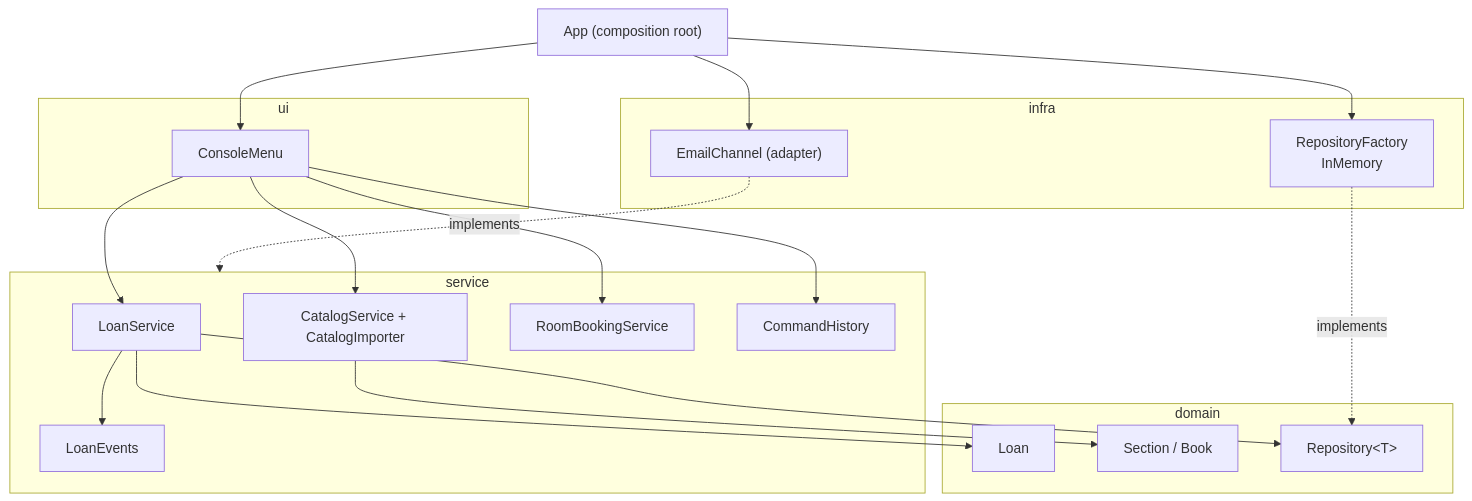
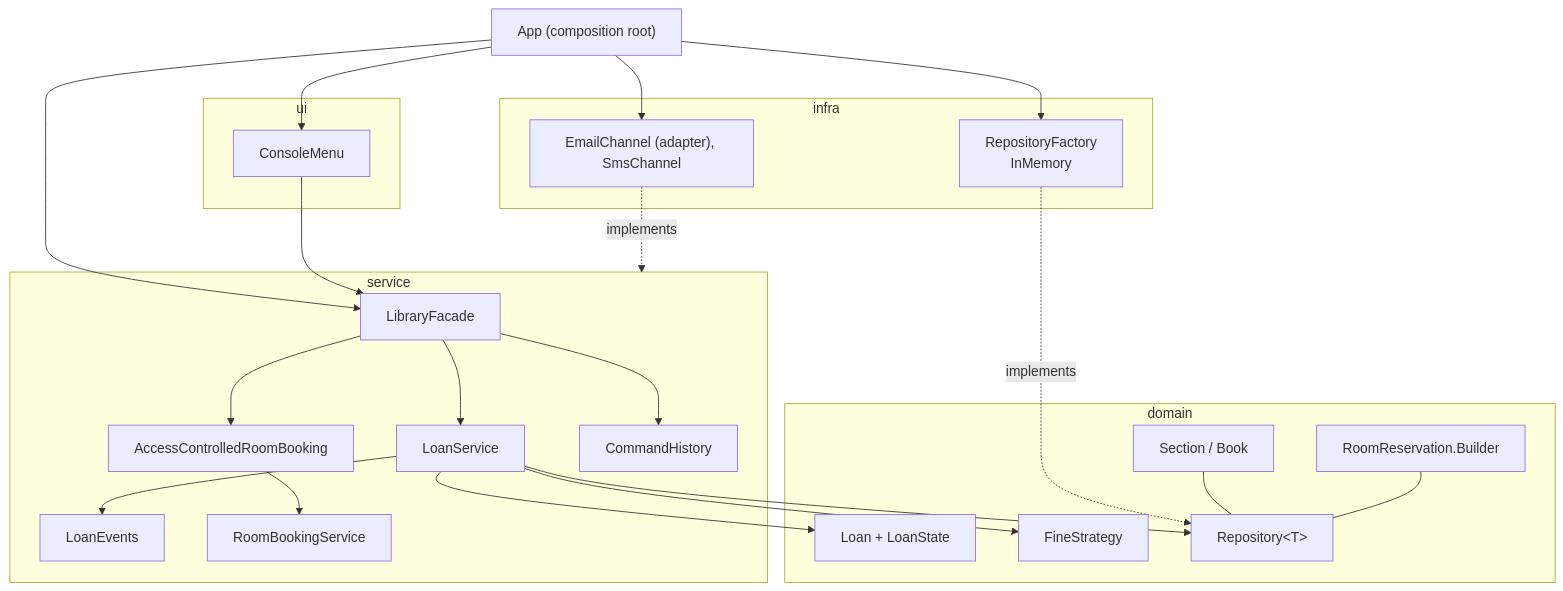
Before and after one commit to hasibjamal/campus-library: the diagram in README.md, drawn with Mermaid. The commit also changed other lines of this file and 41 other files, not shown here.

First line of the commit message:
feat: State, Strategy, Builder, Facade, Proxy and SMS extension point

````diff
--- a/README.md
+++ b/README.md
@@ -48,29 +48,35 @@
 ```mermaid
 flowchart TB
     App["App (composition root)"]
     subgraph UI["ui"]
         Console[ConsoleMenu]
     end
     subgraph Infra["infra"]
         RF["RepositoryFactory<br/>InMemory"]
-        Ch["EmailChannel (adapter)"]
+        Ch["EmailChannel (adapter), SmsChannel"]
     end
     subgraph Service["service"]
+        Facade[LibraryFacade]
         LoanS[LoanService]
-        CatS["CatalogService + CatalogImporter"]
+        Events[LoanEvents]
+        Proxy[AccessControlledRoomBooking]
         RoomS[RoomBookingService]
-        Events[LoanEvents]
         Cmd[CommandHistory]
     end
     subgraph Domain["domain"]
-        Loan[Loan]
+        Loan["Loan + LoanState"]
+        Fine[FineStrategy]
         Cat["Section / Book"]
+        Res["RoomReservation.Builder"]
         Repo["Repository&lt;T&gt;"]
     end
-    App --> Console & RF & Ch
-    Console --> LoanS & CatS & RoomS & Cmd
-    LoanS --> Events & Loan & Repo
-    CatS --> Cat
+    App --> Console & RF & Ch & Facade
+    Console --> Facade
+    Facade --> LoanS & Proxy & Cmd
+    Proxy --> RoomS
+    LoanS --> Events & Loan & Fine & Repo
     RF -. implements .-> Repo
     Ch -. implements .-> Service
+    Cat --- Repo
+    Res --- Repo
 ```
````
